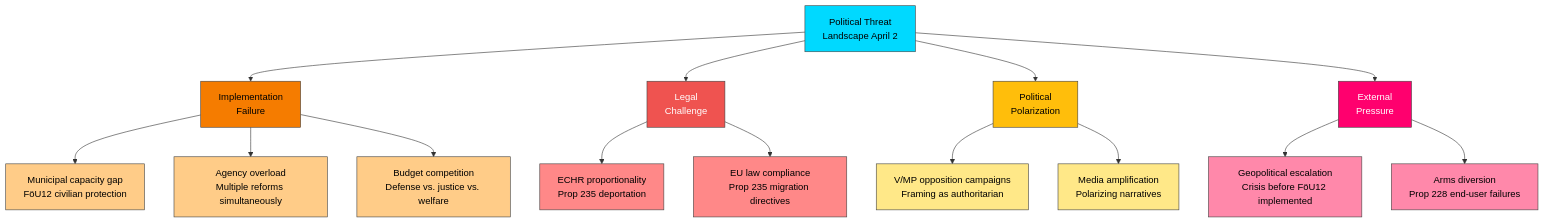
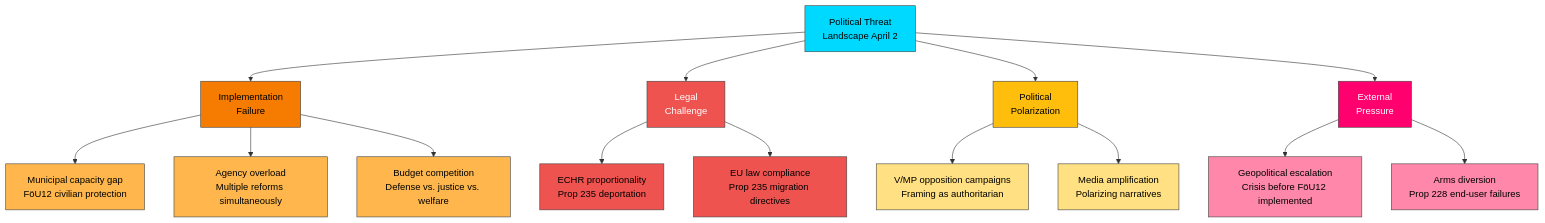
Before and after one commit to Hack23/riksdagsmonitor: the diagram in analysis/daily/2026-04-02/realtime-1024/threat-analysis.md, drawn with Mermaid. The commit also changed 121 other files, not shown here.

````diff
--- a/analysis/daily/2026-04-02/realtime-1024/threat-analysis.md
+++ b/analysis/daily/2026-04-02/realtime-1024/threat-analysis.md
@@ -7,35 +7,35 @@
 ```mermaid
 graph TD
     ROOT["Political Threat<br/>Landscape April 2"] --> T1["Implementation<br/>Failure"]
     ROOT --> T2["Legal<br/>Challenge"]
     ROOT --> T3["Political<br/>Polarization"]
     ROOT --> T4["External<br/>Pressure"]
     
     T1 --> T1A["Municipal capacity gap<br/>FöU12 civilian protection"]
     T1 --> T1B["Agency overload<br/>Multiple reforms simultaneously"]
     T1 --> T1C["Budget competition<br/>Defense vs. justice vs. welfare"]
     
     T2 --> T2A["ECHR proportionality<br/>Prop 235 deportation"]
     T2 --> T2B["EU law compliance<br/>Prop 235 migration directives"]
     
     T3 --> T3A["V/MP opposition campaigns<br/>Framing as authoritarian"]
     T3 --> T3B["Media amplification<br/>Polarizing narratives"]
     
     T4 --> T4A["Geopolitical escalation<br/>Crisis before FöU12 implemented"]
     T4 --> T4B["Arms diversion<br/>Prop 228 end-user failures"]
     
     style ROOT fill:#00d9ff,stroke:#424242,color:#000000
     style T1 fill:#F57C00,stroke:#424242,color:#000000
     style T2 fill:#EF5350,stroke:#424242,color:#FFFFFF
     style T3 fill:#ffbe0b,stroke:#424242,color:#000000
     style T4 fill:#ff006e,stroke:#424242,color:#FFFFFF
-    style T1A fill:#ffcc88,stroke:#424242,color:#000000
-    style T1B fill:#ffcc88,stroke:#424242,color:#000000
-    style T1C fill:#ffcc88,stroke:#424242,color:#000000
-    style T2A fill:#ff8888,stroke:#424242,color:#000000
-    style T2B fill:#ff8888,stroke:#424242,color:#000000
-    style T3A fill:#ffe888,stroke:#424242,color:#000000
-    style T3B fill:#ffe888,stroke:#424242,color:#000000
+    style T1A fill:#FFB74D,stroke:#424242,color:#000000
+    style T1B fill:#FFB74D,stroke:#424242,color:#000000
+    style T1C fill:#FFB74D,stroke:#424242,color:#000000
+    style T2A fill:#EF5350,stroke:#424242,color:#000000
+    style T2B fill:#EF5350,stroke:#424242,color:#000000
+    style T3A fill:#FFE082,stroke:#424242,color:#000000
+    style T3B fill:#FFE082,stroke:#424242,color:#000000
     style T4A fill:#ff88aa,stroke:#424242,color:#000000
     style T4B fill:#ff88aa,stroke:#424242,color:#000000
 ```
````
